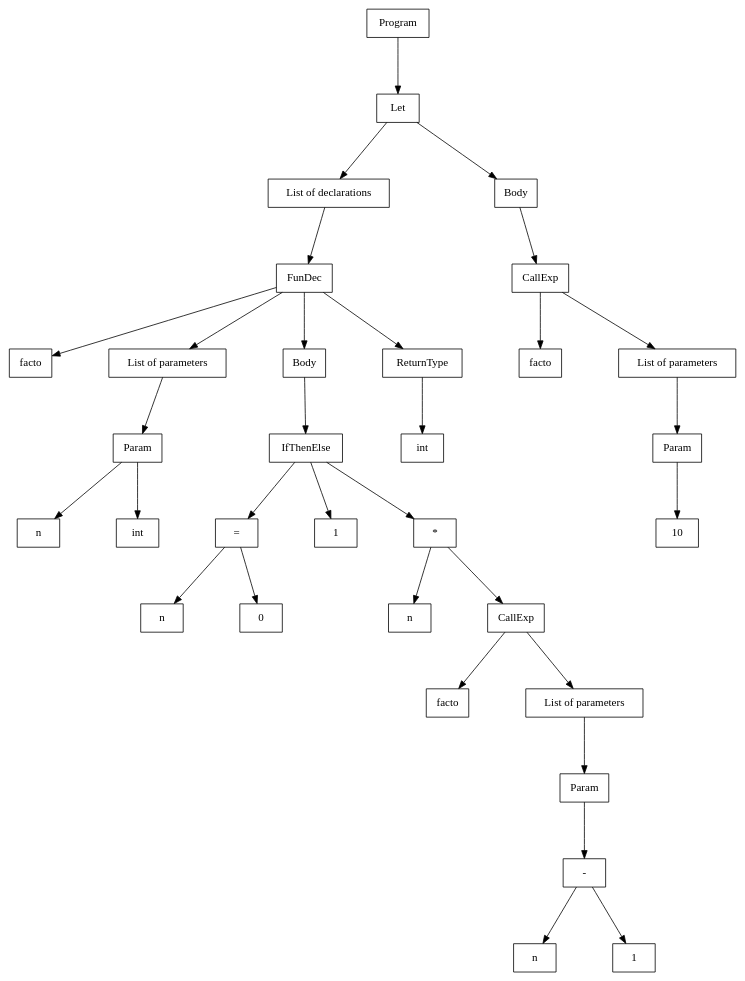
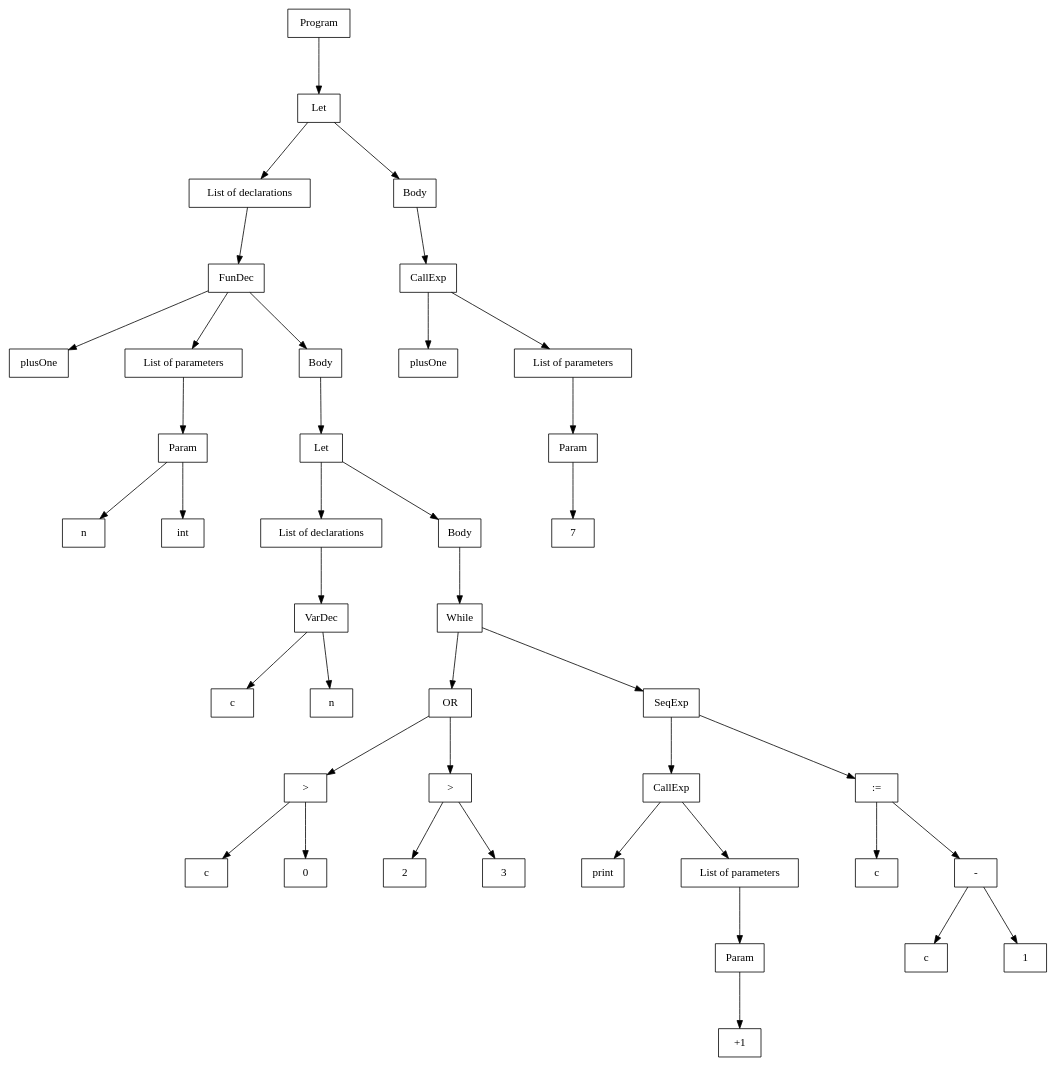
The diagram in out/tree.dot (BigBaz54/Tiger_compiler), drawn with Graphviz before and after one commit. The commit also changed 1 other file, not shown here.

```diff
--- a/out/tree.dot
+++ b/out/tree.dot
@@ -1,70 +1,88 @@
 digraph "ast"{
 
 	nodesep=1;
 	ranksep=1;
 
 	N1 [label="Let", shape="box"];
 	N2 [label="List of declarations", shape="box"];
 	N3 [label="FunDec", shape="box"];
-	N4 [label="facto", shape="box"];
+	N4 [label="plusOne", shape="box"];
 	N5 [label="List of parameters", shape="box"];
 	N6 [label="n", shape="box"];
 	N7 [label="int", shape="box"];
 	N8 [label="Param", shape="box"];
 	N9 [label="Body", shape="box"];
-	N10 [label="IfThenElse", shape="box"];
-	N11 [label="=", shape="box"];
-	N12 [label="n", shape="box"];
-	N13 [label="0", shape="box"];
-	N14 [label="1", shape="box"];
-	N15 [label="*", shape="box"];
-	N16 [label="n", shape="box"];
-	N17 [label="CallExp", shape="box"];
-	N18 [label="facto", shape="box"];
-	N19 [label="List of parameters", shape="box"];
-	N20 [label="-", shape="box"];
-	N21 [label="n", shape="box"];
-	N22 [label="1", shape="box"];
-	N23 [label="Param", shape="box"];
-	N24 [label="ReturnType", shape="box"];
-	N25 [label="int", shape="box"];
-	N26 [label="Body", shape="box"];
-	N27 [label="CallExp", shape="box"];
-	N28 [label="facto", shape="box"];
-	N29 [label="List of parameters", shape="box"];
-	N30 [label="10", shape="box"];
-	N31 [label="Param", shape="box"];
+	N10 [label="Let", shape="box"];
+	N11 [label="List of declarations", shape="box"];
+	N12 [label="VarDec", shape="box"];
+	N13 [label="c", shape="box"];
+	N14 [label="n", shape="box"];
+	N15 [label="Body", shape="box"];
+	N16 [label="While", shape="box"];
+	N17 [label="OR", shape="box"];
+	N18 [label=">", shape="box"];
+	N19 [label="c", shape="box"];
+	N20 [label="0", shape="box"];
+	N21 [label=">", shape="box"];
+	N22 [label="2", shape="box"];
+	N23 [label="3", shape="box"];
+	N24 [label="SeqExp", shape="box"];
+	N25 [label="CallExp", shape="box"];
+	N26 [label="print", shape="box"];
+	N27 [label="List of parameters", shape="box"];
+	N28 [label="+1", shape="box"];
+	N29 [label="Param", shape="box"];
+	N30 [label=":=", shape="box"];
+	N31 [label="c", shape="box"];
+	N32 [label="-", shape="box"];
+	N33 [label="c", shape="box"];
+	N34 [label="1", shape="box"];
+	N35 [label="Body", shape="box"];
+	N36 [label="CallExp", shape="box"];
+	N37 [label="plusOne", shape="box"];
+	N38 [label="List of parameters", shape="box"];
+	N39 [label="7", shape="box"];
+	N40 [label="Param", shape="box"];
 	N0 [label="Program", shape="box"];
 
 	N1 -> N2; 
 	N8 -> N6; 
 	N8 -> N7; 
 	N5 -> N8; 
+	N10 -> N11; 
+	N12 -> N13; 
+	N12 -> N14; 
 	N11 -> N12; 
-	N11 -> N13; 
+	N10 -> N15; 
+	N18 -> N19; 
+	N18 -> N20; 
+	N21 -> N22; 
+	N21 -> N23; 
 	N17 -> N18; 
-	N20 -> N21; 
-	N20 -> N22; 
-	N23 -> N20; 
-	N19 -> N23; 
-	N17 -> N19; 
+	N17 -> N21; 
+	N25 -> N26; 
+	N29 -> N28; 
+	N27 -> N29; 
+	N25 -> N27; 
+	N24 -> N25; 
+	N30 -> N31; 
+	N32 -> N33; 
+	N32 -> N34; 
+	N30 -> N32; 
+	N24 -> N30; 
+	N16 -> N17; 
+	N16 -> N24; 
 	N15 -> N16; 
-	N15 -> N17; 
-	N10 -> N11; 
-	N10 -> N14; 
-	N10 -> N15; 
 	N3 -> N4; 
 	N3 -> N5; 
 	N3 -> N9; 
 	N9 -> N10; 
-	N3 -> N24; 
-	N24 -> N25; 
 	N2 -> N3; 
-	N1 -> N26; 
-	N27 -> N28; 
-	N31 -> N30; 
-	N29 -> N31; 
-	N27 -> N29; 
-	N26 -> N27; 
+	N1 -> N35; 
+	N36 -> N37; 
+	N40 -> N39; 
+	N38 -> N40; 
+	N36 -> N38; 
+	N35 -> N36; 
 	N0 -> N1; 
 }
```
